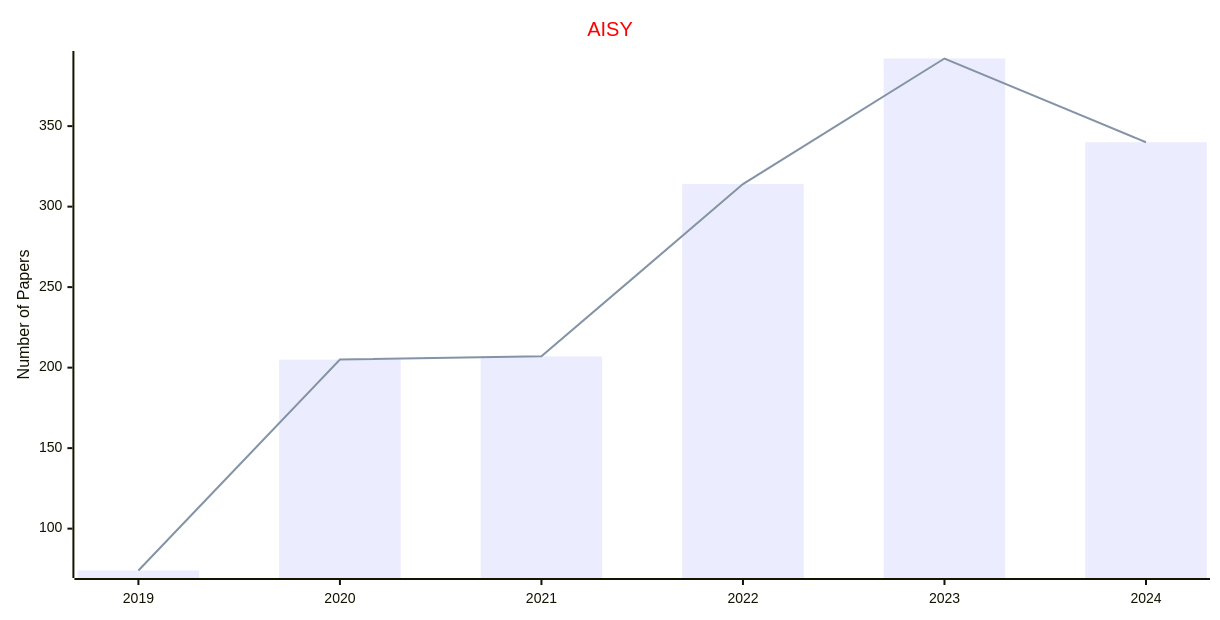
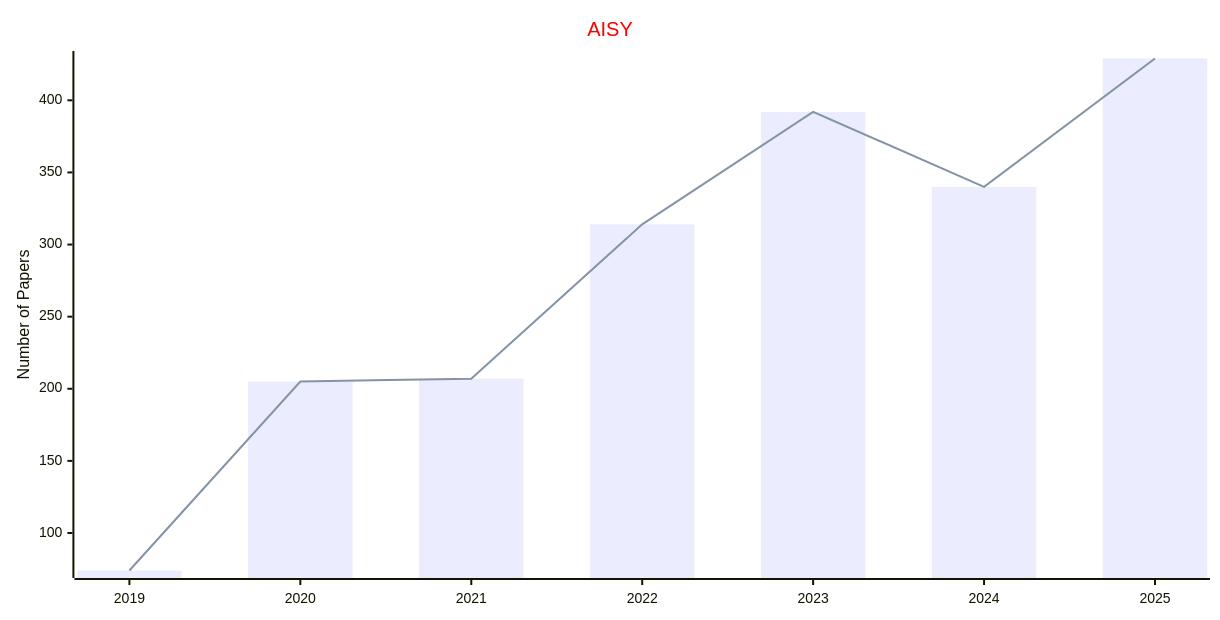
Before and after one commit to Easy-PhD/AILinks: the ninth of 10 diagrams in docs/data/Journals/Statistics_Journals/Intelligent_Systems.md, drawn with Mermaid. The commit also changed other lines of this file and 107 other files, not shown here.

````diff
--- a/docs/data/Journals/Statistics_Journals/Intelligent_Systems.md
+++ b/docs/data/Journals/Statistics_Journals/Intelligent_Systems.md
@@ -201,17 +201,17 @@
 ```mermaid
 ---
 config:
     xyChart:
         width: 1200
         height: 600
     themeVariables:
         xyChart:
             titleColor: "#ff0000"
 ---
 xychart-beta
     title "AISY"
-    x-axis [2019, 2020, 2021, 2022, 2023, 2024]
+    x-axis [2019, 2020, 2021, 2022, 2023, 2024, 2025]
     y-axis "Number of Papers"
-    bar [74, 205, 207, 314, 392, 340]
-    line [74, 205, 207, 314, 392, 340]
+    bar [74, 205, 207, 314, 392, 340, 429]
+    line [74, 205, 207, 314, 392, 340, 429]
 ```
````
